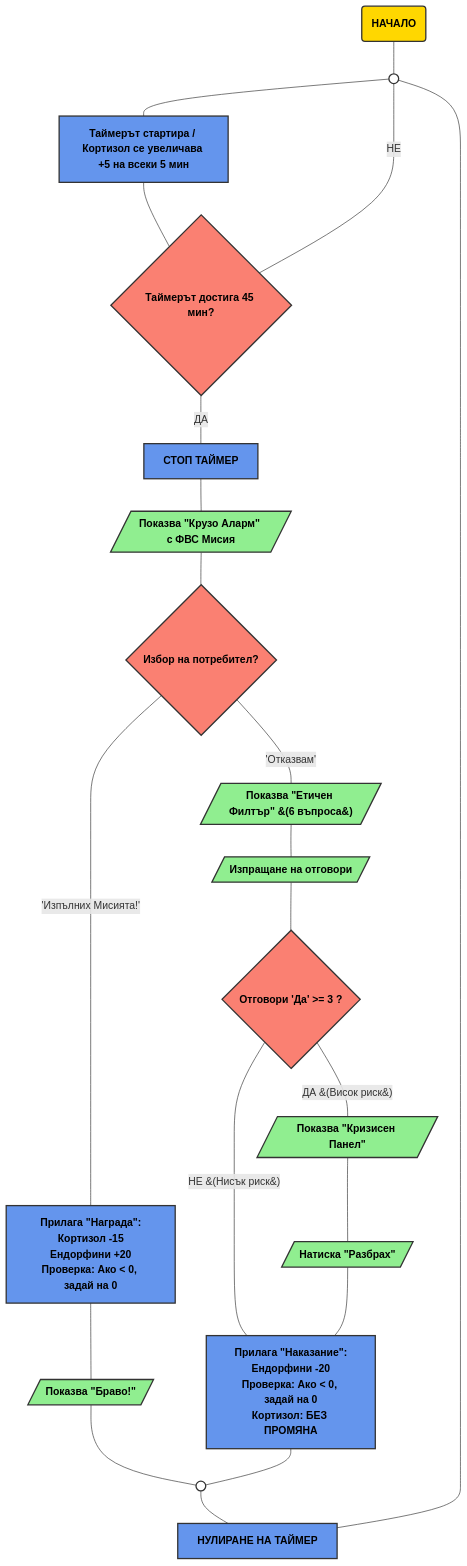
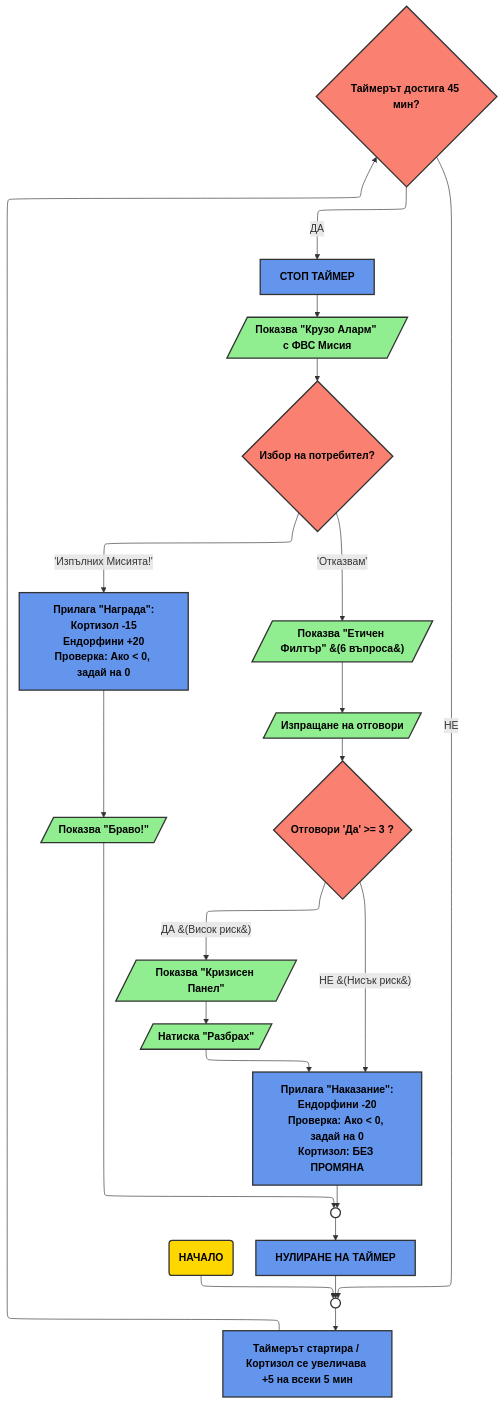
One commit to DiGeNik/Social-Compass changed the diagram in logic-flowchart.md. Above: the diagram before and after it, drawn with Mermaid.

````diff
--- a/logic-flowchart.md
+++ b/logic-flowchart.md
@@ -1,62 +1,63 @@
 ```mermaid
-graph TD
+%%{ init: { 'flowchart': { 'defaultRenderer': 'elk' } } }%%
+flowchart TD
     %% Дефиниции на цветовете (Висок Контраст, Удебелен Текст)
     classDef startEnd fill:gold,stroke:#333,stroke-width:2px,font-weight:bold,color:black;
     classDef function fill:cornflowerblue,stroke:#333,stroke-width:2px,font-weight:bold,color:black;
     classDef io fill:lightgreen,stroke:#333,stroke-width:2px,font-weight:bold,color:black;
     classDef condition fill:salmon,stroke:#333,stroke-width:2px,font-weight:bold,color:black;
     classDef junction fill:#fff,stroke:#333,stroke-width:2px;
 
     %% Начало
-    A(НАЧАЛО) --- J_Loop(( ));
+    A(НАЧАЛО) --> J_Loop(( ));
     class A startEnd;
     class J_Loop junction;
 
     %% Съединител на главния цикъл
-    J_Loop --- B[Таймерът стартира / Кортизол се увеличава +5 на всеки 5 мин];
+    J_Loop --> B[Таймерът стартира / Кортизол се увеличава +5 на всеки 5 мин];
     class B function;
     
-    B --- C{Таймерът достига 45 мин?};
+    B --> C{Таймерът достига 45 мин?};
     class C condition;
     
-    C ---|"НЕ"| J_Loop;
-    C ---|"ДА"| E[СТОП ТАЙМЕР];
+    C -- "НЕ" --> J_Loop;
+    C -- "ДА" --> E[СТОП ТАЙМЕР];
     class E function;
 
     %% Разклонение
-    E --- F[/Показва &quot;Крузо Аларм&quot; с ФВС Мисия/];
-    F --- G{Избор на потребител?};
+    E --> F[/Показва &quot;Крузо Аларм&quot; с ФВС Мисия/];
+    F --> G{Избор на потребител?};
     class F io;
     class G condition;
 
     %% Път 1: Изпълнение
-    G ---|"'Изпълних Мисията!'"| H[Прилага &quot;Награда&quot;:<br>Кортизол -15<br>Ендорфини +20<br>Проверка: Ако < 0, задай на 0];
-    H --- I[/Показва &quot;Браво!&quot;/];
-    I --- J_Reset(( ));
+    G -- "&apos;Изпълних Мисията!&apos;" --> H[Прилага &quot;Награда&quot;:<br>Кортизол -15<br>Ендорфини +20<br>Проверка: Ако < 0, задай на 0];
+    H --> I[/Показва &quot;Браво!&quot;/];
+    I --> J_Reset(( ));
     class H function;
     class I io;
     class J_Reset junction;
 
     %% Път 2: Отказ
-    G ---|"'Отказвам'"| K[/Показва &quot;Етичен Филтър&quot; &#40;6 въпроса&#41;/];
-    K --- L[/Изпращане на отговори/];
-    L --- M{Отговори &apos;Да&apos; >= 3 ?};
+    G -- "&apos;Отказвам&apos;" --> K[/Показва &quot;Етичен Филтър&quot; &#40;6 въпроса&#41;/];
+    K --> L[/Изпращане на отговори/];
+    L --> M{Отговори &apos;Да&apos; >= 3 ?};
     class K,L io;
     class M condition;
 
     %% Път 2A: Нисък риск
-    M ---|"НЕ &#40;Нисък риск&#41;"| N[Прилага &quot;Наказание&quot;:<br>Ендорфини -20<br>Проверка: Ако < 0, задай на 0<br>Кортизол: БЕЗ ПРОМЯНА];
-    N --- J_Reset;
+    M -- "НЕ &#40;Нисък риск&#41;" --> N[Прилага &quot;Наказание&quot;:<br>Ендорфини -20<br>Проверка: Ако < 0, задай на 0<br>Кортизол: БЕЗ ПРОМЯНА];
+    N --> J_Reset;
     class N function;
 
     %% Път 2B: Висок риск
-    M ---|"ДА &#40;Висок риск&#41;"| O[/Показва &quot;Кризисен Панел&quot;/];
-    O --- P[/Натиска &quot;Разбрах&quot;/];
-    P --- N;
+    M -- "ДА &#40;Висок риск&#41;" --> O[/Показва &quot;Кризисен Панел&quot;/];
+    O --> P[/Натиска &quot;Разбрах&quot;/];
+    P --> N;
     class O,P io;
 
     %% Събиране и Нулиране
-    J_Reset --- Z[НУЛИРАНЕ НА ТАЙМЕР];
+    J_Reset --> Z[НУЛИРАНЕ НА ТАЙМЕР];
     class Z function;
-    Z --- J_Loop;
+    Z --> J_Loop;
 ```
````
